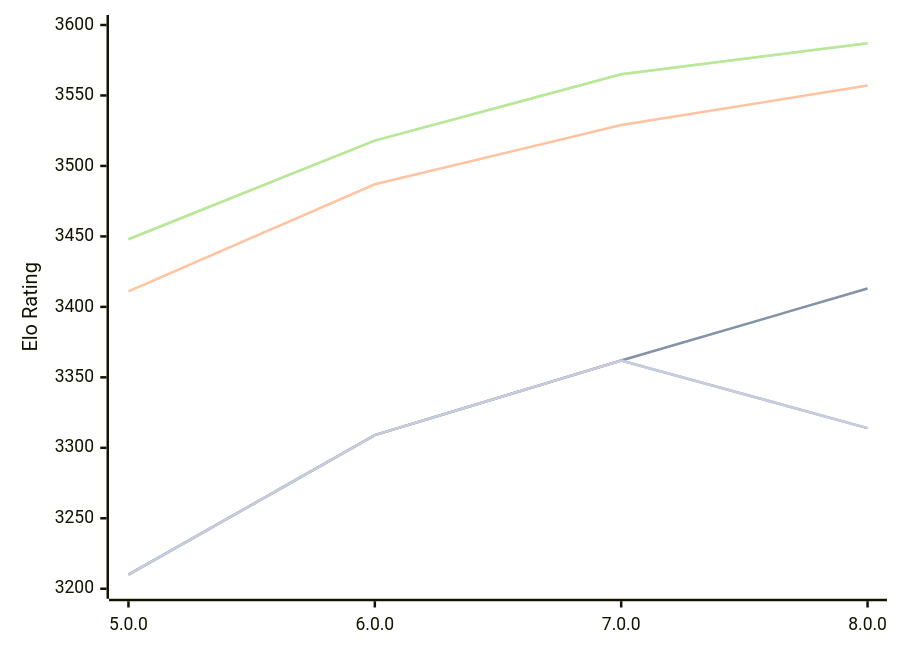
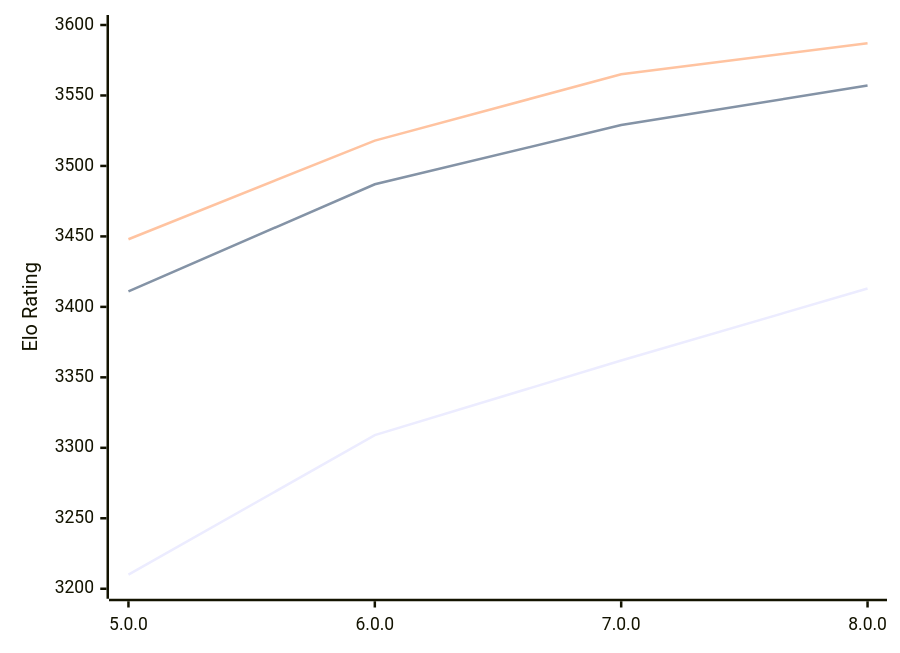
The diagram in engines/Stormphrax.md (computer-chess-index/cci), drawn with Mermaid before and after one commit. The commit also changed other lines of this file, not shown here.

````diff
--- a/engines/Stormphrax.md
+++ b/engines/Stormphrax.md
@@ -50,13 +50,9 @@
 ```mermaid
 %%{init: {"theme":"base","themeVariables":{"seriesColors:['#a3a3a3','#222221','#faa371']}}}%%
 xychart-beta
   x-axis ["5.0.0", "6.0.0", "7.0.0", "8.0.0"]
   y-axis "Elo Rating" 3200 --> 3600
-  line "" [3210, 3309, 3362, 3413]
   line "T1: STC (8.0+0.08s)" [3210, 3309, 3362, 3413]
   line "T1: LTC (60.0+0.60s)" [3411, 3487, 3529, 3557]
-  line "" [3448, 3518, 3565, 3587]
   line "T1: VLTC (2m24s+1.12s)" [3448, 3518, 3565, 3587]
-  line "" [3210, 3309, 3362,3314]
-  line "E1: STC (8.0+0.08s)" [3210, 3309, 3362,3314]
 ```
````
